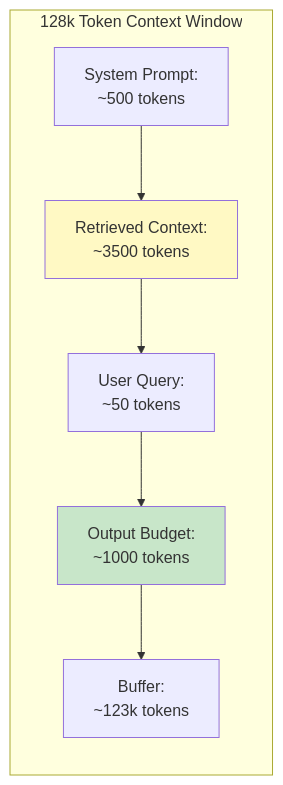
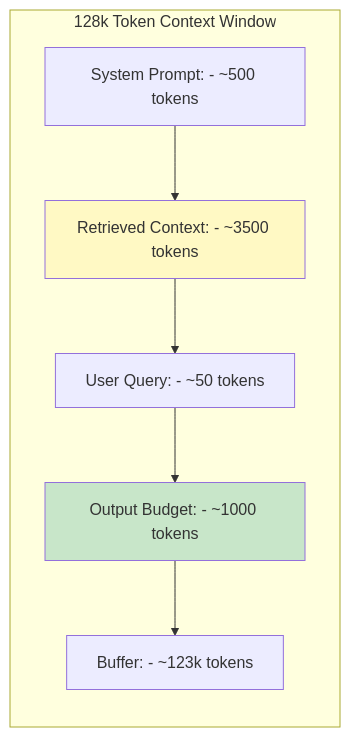
Before and after one commit to indhra/llm_rag_sec_findings: the tenth of 15 diagrams in docs/learning/03-rag-fundamentals.md, drawn with Mermaid. The commit also changed other lines of this file and 9 other files, not shown here.

````diff
--- a/docs/learning/03-rag-fundamentals.md
+++ b/docs/learning/03-rag-fundamentals.md
@@ -350,12 +350,12 @@
 ```mermaid
 graph LR
     subgraph "128k Token Context Window"
-        S[System Prompt:<br/>~500 tokens] --> R[Retrieved Context:<br/>~3500 tokens]
-        R --> Q[User Query:<br/>~50 tokens]
-        Q --> O[Output Budget:<br/>~1000 tokens]
-        O --> B[Buffer:<br/>~123k tokens]
+        S[System Prompt: - ~500 tokens] --> R[Retrieved Context: - ~3500 tokens]
+        R --> Q[User Query: - ~50 tokens]
+        Q --> O[Output Budget: - ~1000 tokens]
+        O --> B[Buffer: - ~123k tokens]
     end
     
     style R fill:#fff9c4
     style O fill:#c8e6c9
 ```
````
